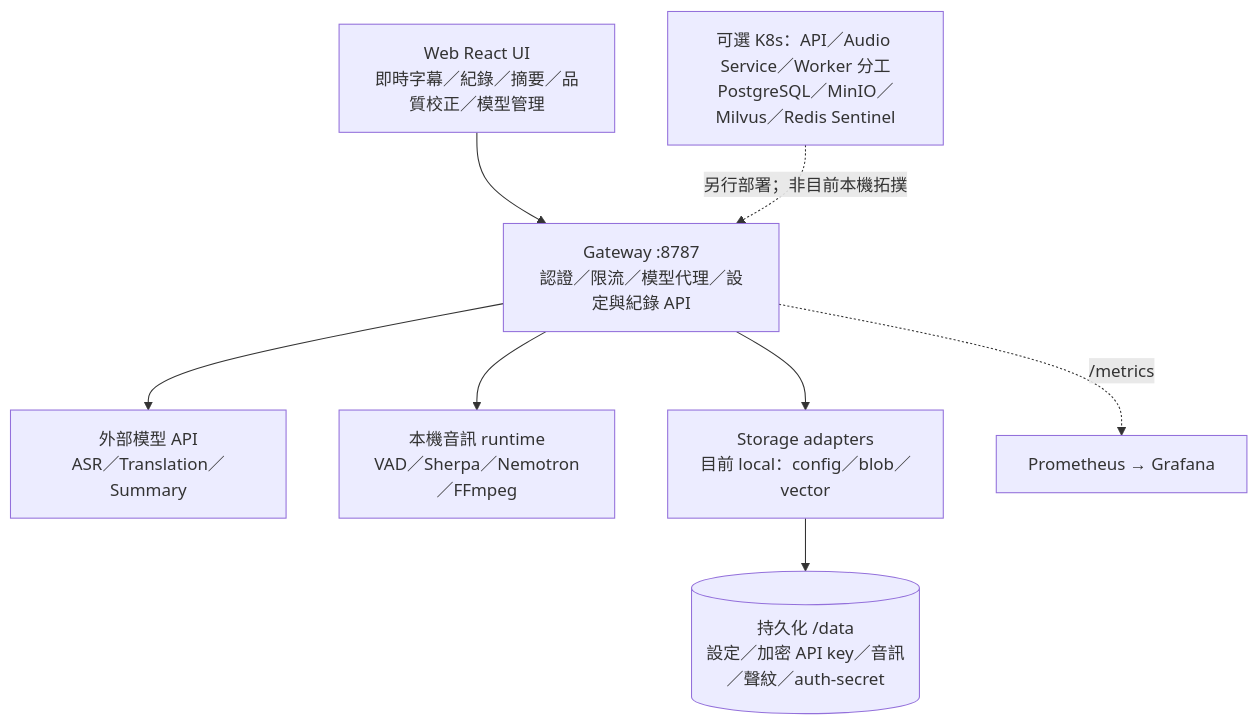
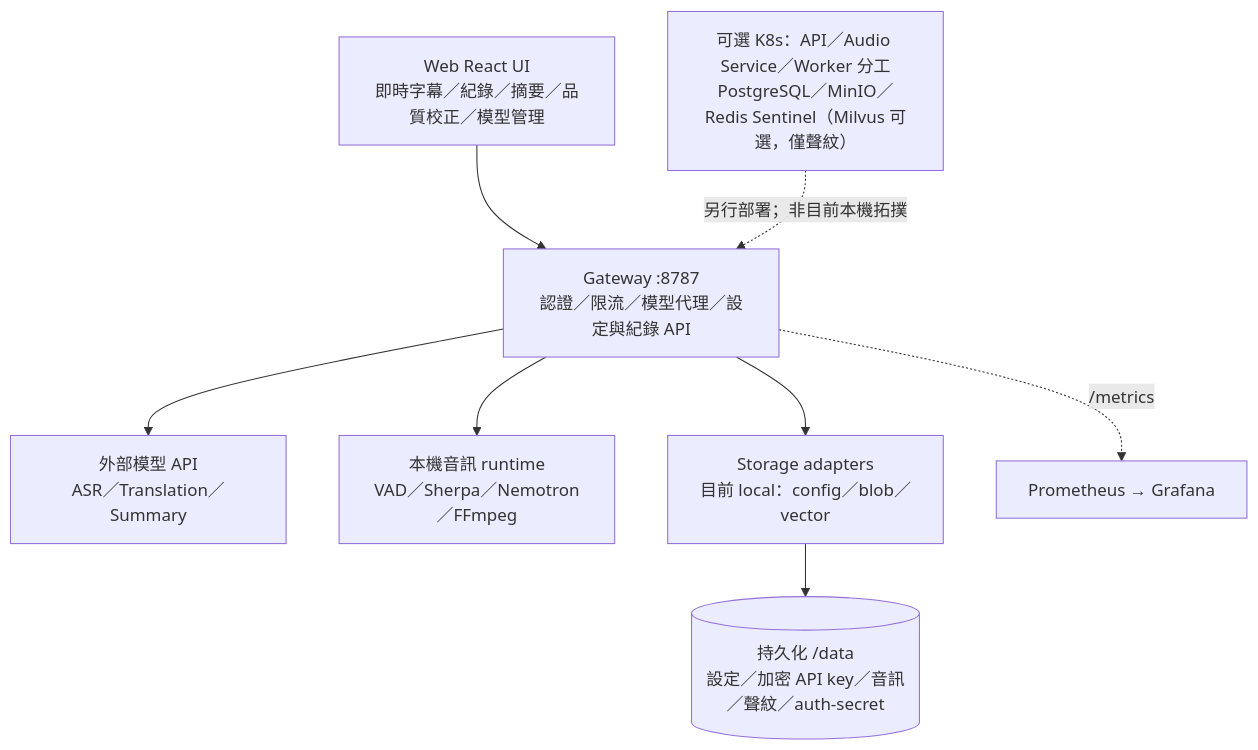
The diagram in README.md (joeyliang1024/S2T-UI), drawn with Mermaid before and after one commit. The commit also changed 4 other files, not shown here.

````diff
--- a/README.md
+++ b/README.md
@@ -16,10 +16,10 @@
 ```mermaid
 flowchart TB
   UI["Web React UI<br/>即時字幕／紀錄／摘要／品質校正／模型管理"] --> AP["Gateway :8787<br/>認證／限流／模型代理／設定與紀錄 API"]
   AP --> MODEL["外部模型 API<br/>ASR／Translation／Summary"]
   AP --> AUDIO["本機音訊 runtime<br/>VAD／Sherpa／Nemotron／FFmpeg"]
   AP --> STORE["Storage adapters<br/>目前 local：config／blob／vector"]
   STORE --> VOL[("持久化 /data<br/>設定／加密 API key／音訊／聲紋／auth-secret")]
   AP -. "/metrics" .-> PROM["Prometheus → Grafana"]
-  SCALE["可選 K8s：API／Audio Service／Worker 分工<br/>PostgreSQL／MinIO／Milvus／Redis Sentinel"] -. "另行部署；非目前本機拓撲" .-> AP
+  SCALE["可選 K8s：API／Audio Service／Worker 分工<br/>PostgreSQL／MinIO／Redis Sentinel（Milvus 可選，僅聲紋）"] -. "另行部署；非目前本機拓撲" .-> AP
 ```
````
